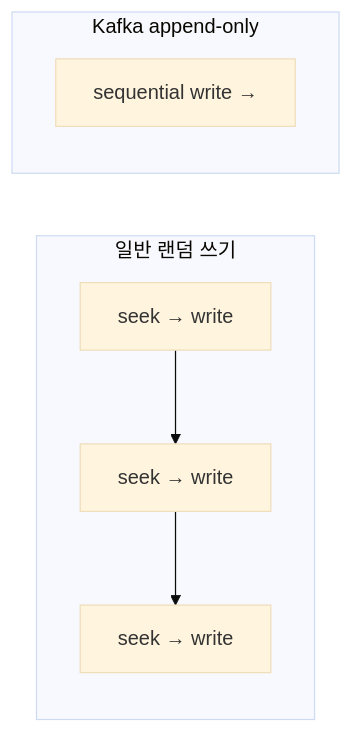
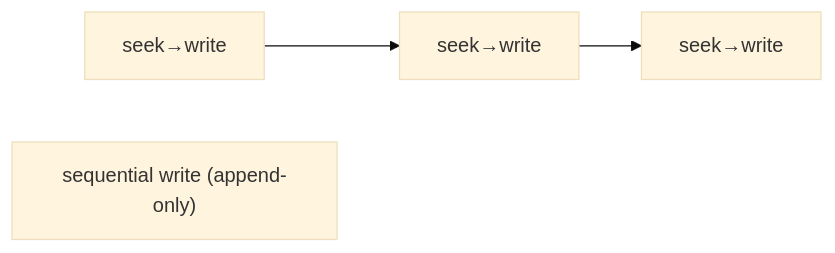
Diagram 11 of 17 in _posts/kafka/2026-05-01-kafka-fundamentals.md (yjkim2015/yjkim2015.github.io), drawn with Mermaid (base theme) before and after one commit. The commit also changed other lines of this file and 155 other files, not shown here.

First line of the commit message:
Mermaid 전면 수정: subgraph 제거, participant/노드/줄수 축소 (342블록)

````diff
--- a/_posts/kafka/2026-05-01-kafka-fundamentals.md
+++ b/_posts/kafka/2026-05-01-kafka-fundamentals.md
@@ -393,9 +362,5 @@
 ```mermaid
 graph LR
-    subgraph random["일반 랜덤 쓰기"]
-        RW1["seek → write"] --> RW2["seek → write"] --> RW3["seek → write"]
-    end
-    subgraph seq["Kafka append-only"]
-        SW["sequential write →"]
-    end
+    RW1["seek→write"] --> RW2["seek→write"] --> RW3["seek→write"]
+    SW["sequential write (append-only)"]
 ```
````
